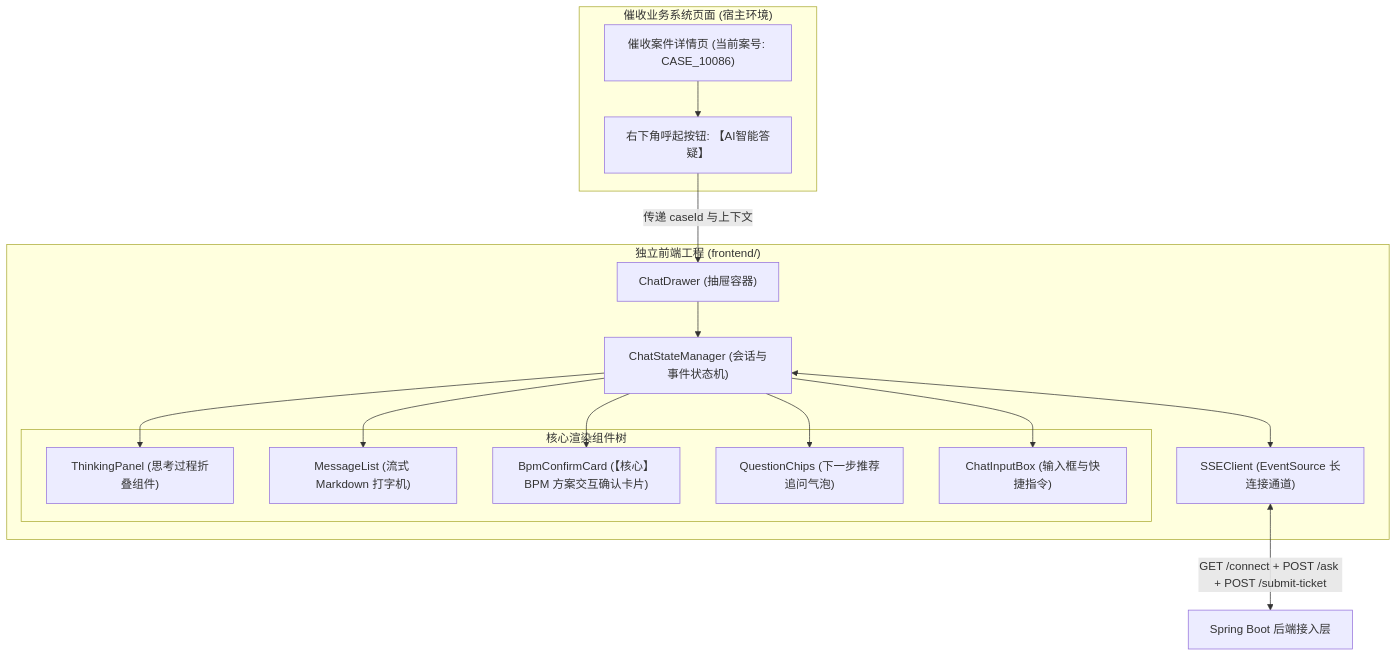
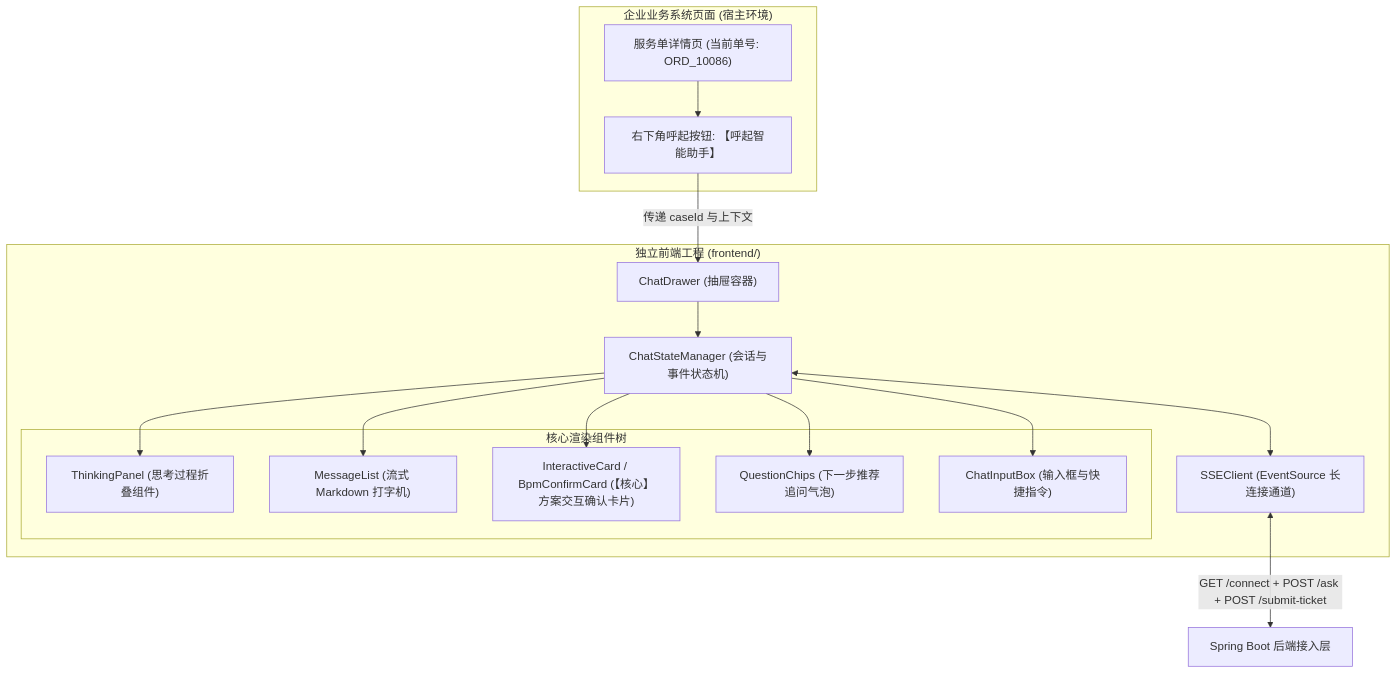
One commit to 1264585648/spring-ai-agentflow changed the diagram in docs/05-前端工程架构与组件设计说明书.md. Above: the diagram before and after it, drawn with Mermaid. The commit also changed other lines of this file and 31 other files, not shown here.

````diff
--- a/docs/05-前端工程架构与组件设计说明书.md
+++ b/docs/05-前端工程架构与组件设计说明书.md
@@ -10,30 +10,30 @@
 ```mermaid
 flowchart TD
-    subgraph 催收现有系统 ["催收业务系统页面 (宿主环境)"]
-        CaseView["催收案件详情页 (当前案号: CASE_10086)"]
-        TriggerBtn["右下角呼起按钮: 【AI智能答疑】"]
+    subgraph 业务宿主系统 ["企业业务系统页面 (宿主环境)"]
+        CaseView["服务单详情页 (当前单号: ORD_10086)"]
+        TriggerBtn["右下角呼起按钮: 【呼起智能助手】"]
         CaseView --> TriggerBtn
     end
 
     subgraph 前端工程架构 ["独立前端工程 (frontend/)"]
         Drawer["ChatDrawer (抽屉容器)"]
         TriggerBtn -->|传递 caseId 与上下文| Drawer
         
         State["ChatStateManager (会话与事件状态机)"]
         SSE["SSEClient (EventSource 长连接通道)"]
         
         Drawer --> State <--> SSE
         
         subgraph 组件树 ["核心渲染组件树"]
             Thinking["ThinkingPanel (思考过程折叠组件)"]
             MsgList["MessageList (流式 Markdown 打字机)"]
-            Card["BpmConfirmCard (【核心】BPM 方案交互确认卡片)"]
+            Card["InteractiveCard / BpmConfirmCard (【核心】方案交互确认卡片)"]
             Chips["QuestionChips (下一步推荐追问气泡)"]
             Input["ChatInputBox (输入框与快捷指令)"]
         end
         
         State --> Thinking & MsgList & Card & Chips & Input
     end
 
     SSE <-->|GET /connect + POST /ask + POST /submit-ticket| Backend["Spring Boot 后端接入层"]
 ```
````
